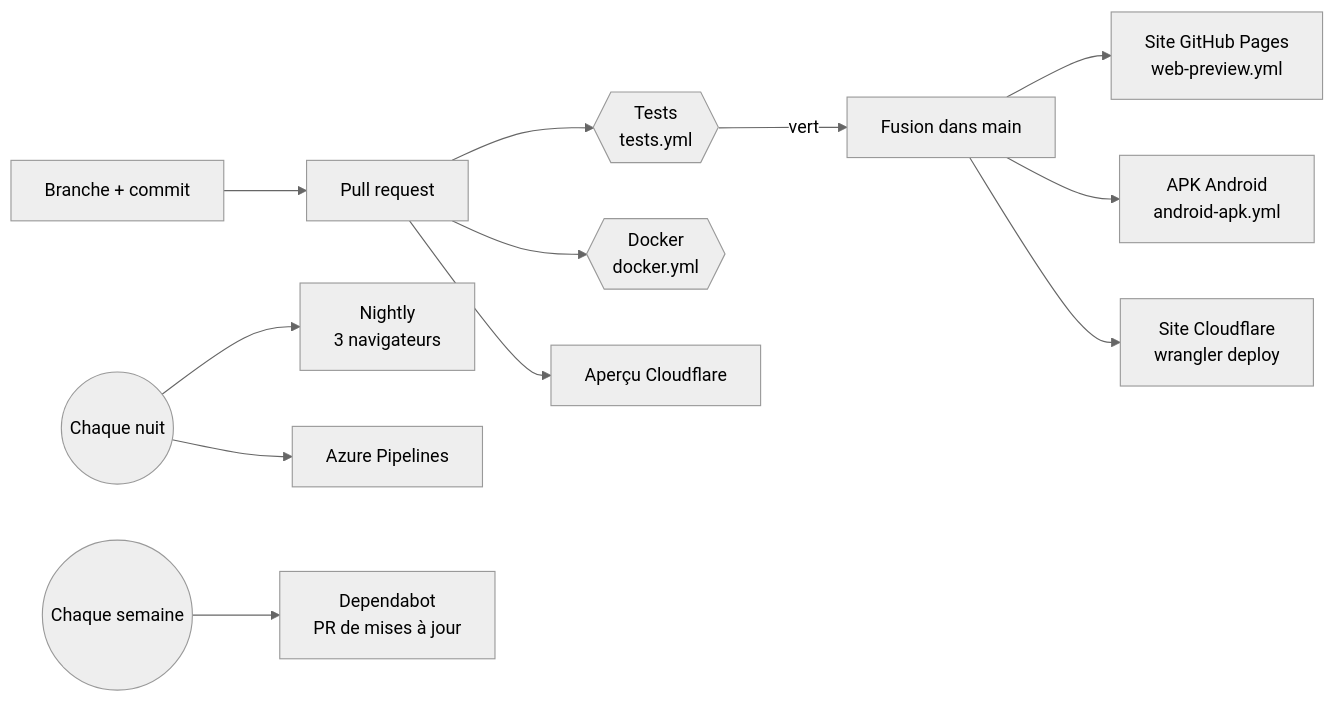
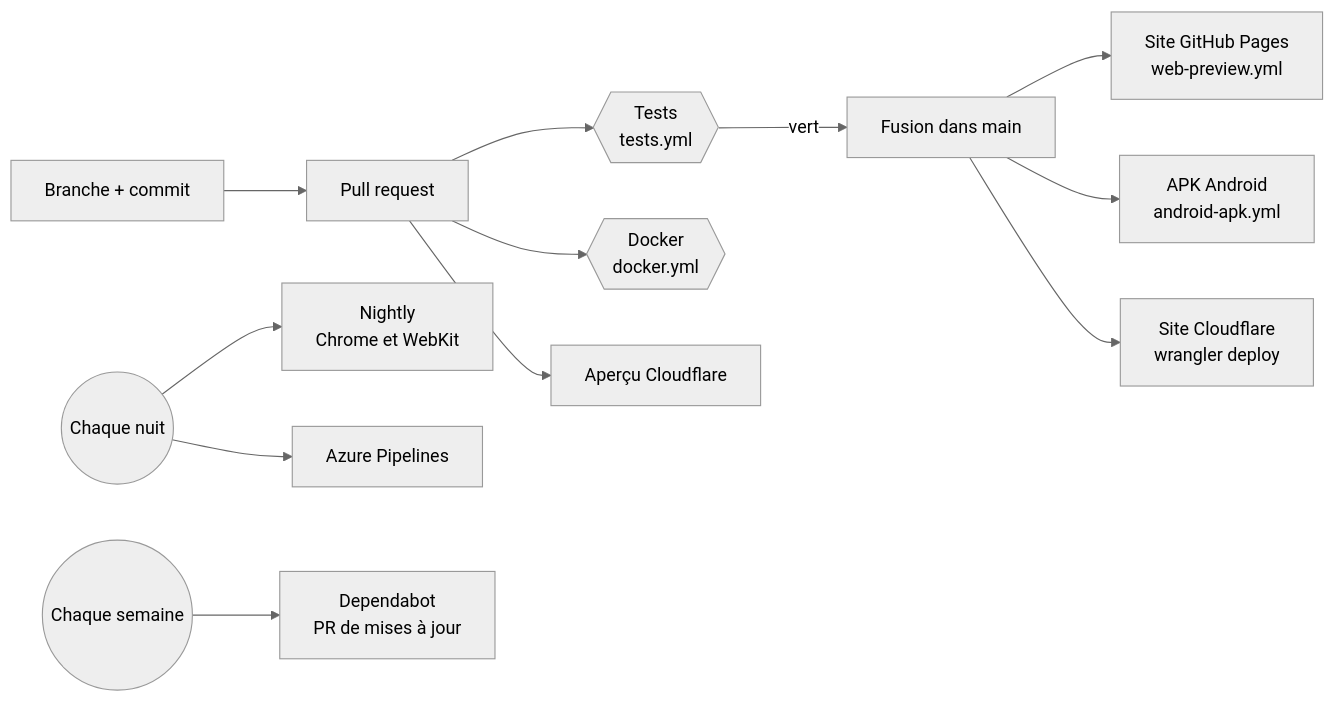
The diagram in docs/05-ci-cd.md (Yanis312/ride-with-yan), drawn with Mermaid (neutral theme) before and after one commit. The commit also changed other lines of this file and 3 other files, not shown here.

````diff
--- a/docs/05-ci-cd.md
+++ b/docs/05-ci-cd.md
@@ -6,14 +6,14 @@
 ```mermaid
 flowchart LR
     dev[Branche + commit] --> pr[Pull request]
     pr --> tests{{Tests<br/>tests.yml}}
     pr --> docker{{Docker<br/>docker.yml}}
     pr --> cfp[Aperçu Cloudflare]
     tests -->|vert| merge[Fusion dans main]
     merge --> pages[Site GitHub Pages<br/>web-preview.yml]
     merge --> apk[APK Android<br/>android-apk.yml]
     merge --> cf[Site Cloudflare<br/>wrangler deploy]
-    nuit((Chaque nuit)) --> nightly[Nightly<br/>3 navigateurs]
+    nuit((Chaque nuit)) --> nightly[Nightly<br/>Chrome et WebKit]
     nuit --> azure[Azure Pipelines]
     semaine((Chaque semaine)) --> dependabot[Dependabot<br/>PR de mises à jour]
 ```
````
